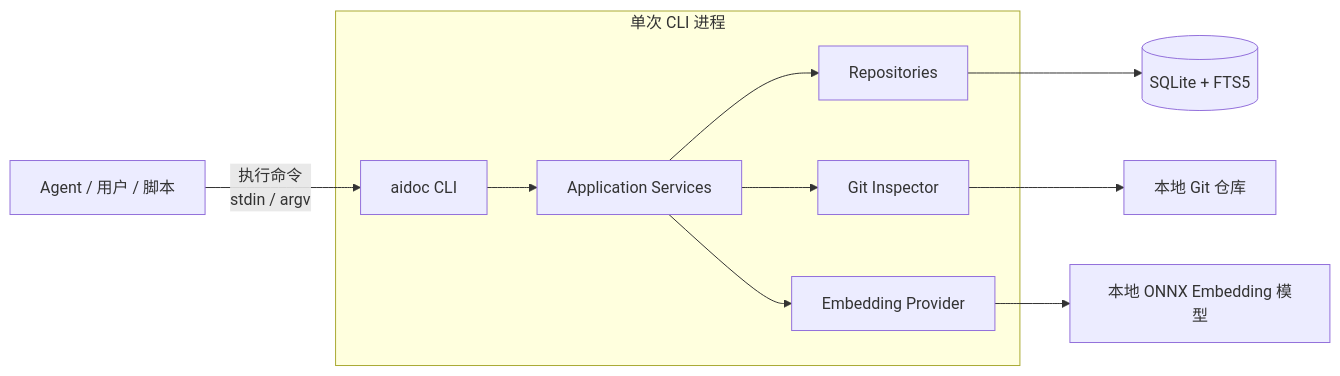
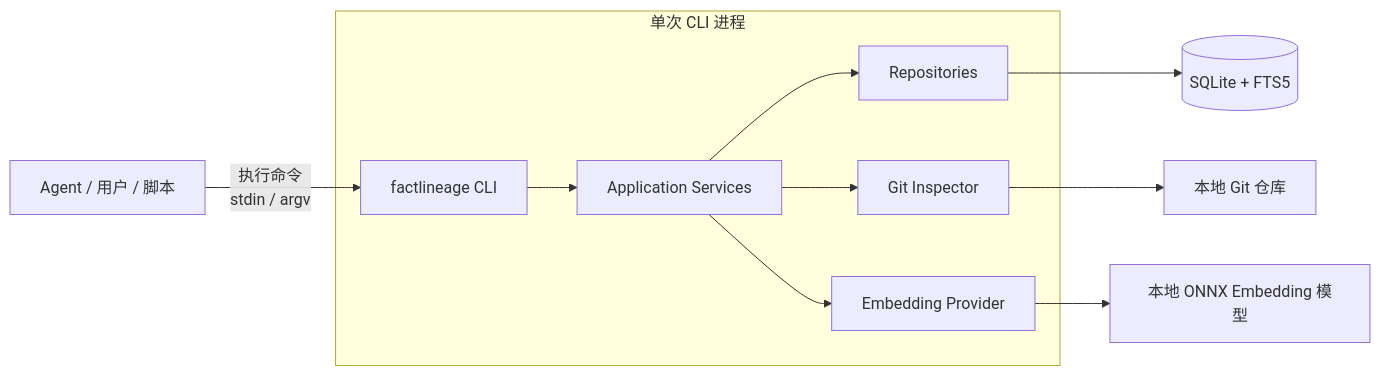
Before and after one commit to vwxyzh/FactLineage: the first of 2 diagrams in standalone-architecture.md, drawn with Mermaid. The commit also changed other lines of this file and 108 other files, not shown here.

````diff
--- a/standalone-architecture.md
+++ b/standalone-architecture.md
@@ -38,15 +38,15 @@
 ```mermaid
 flowchart LR
-    A[Agent / 用户 / 脚本] -->|执行命令<br/>stdin / argv| C[aidoc CLI]
+    A[Agent / 用户 / 脚本] -->|执行命令<br/>stdin / argv| C[factlineage CLI]
 
     subgraph Process[单次 CLI 进程]
         C --> S[Application Services]
         S --> R[Repositories]
         S --> G[Git Inspector]
         S --> E[Embedding Provider]
     end
 
     R --> D[(SQLite + FTS5)]
     G --> W[本地 Git 仓库]
     E --> L[本地 ONNX Embedding 模型]
 ```
````
